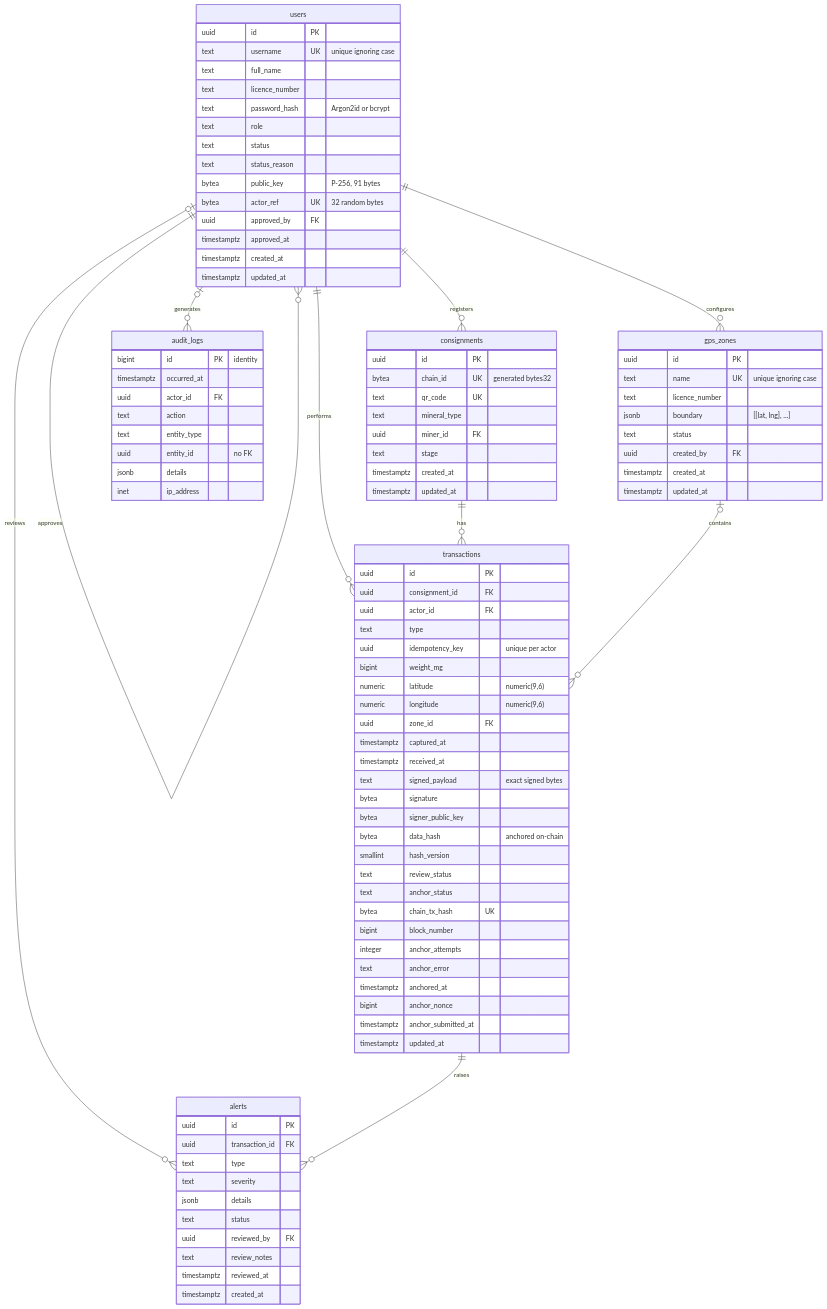
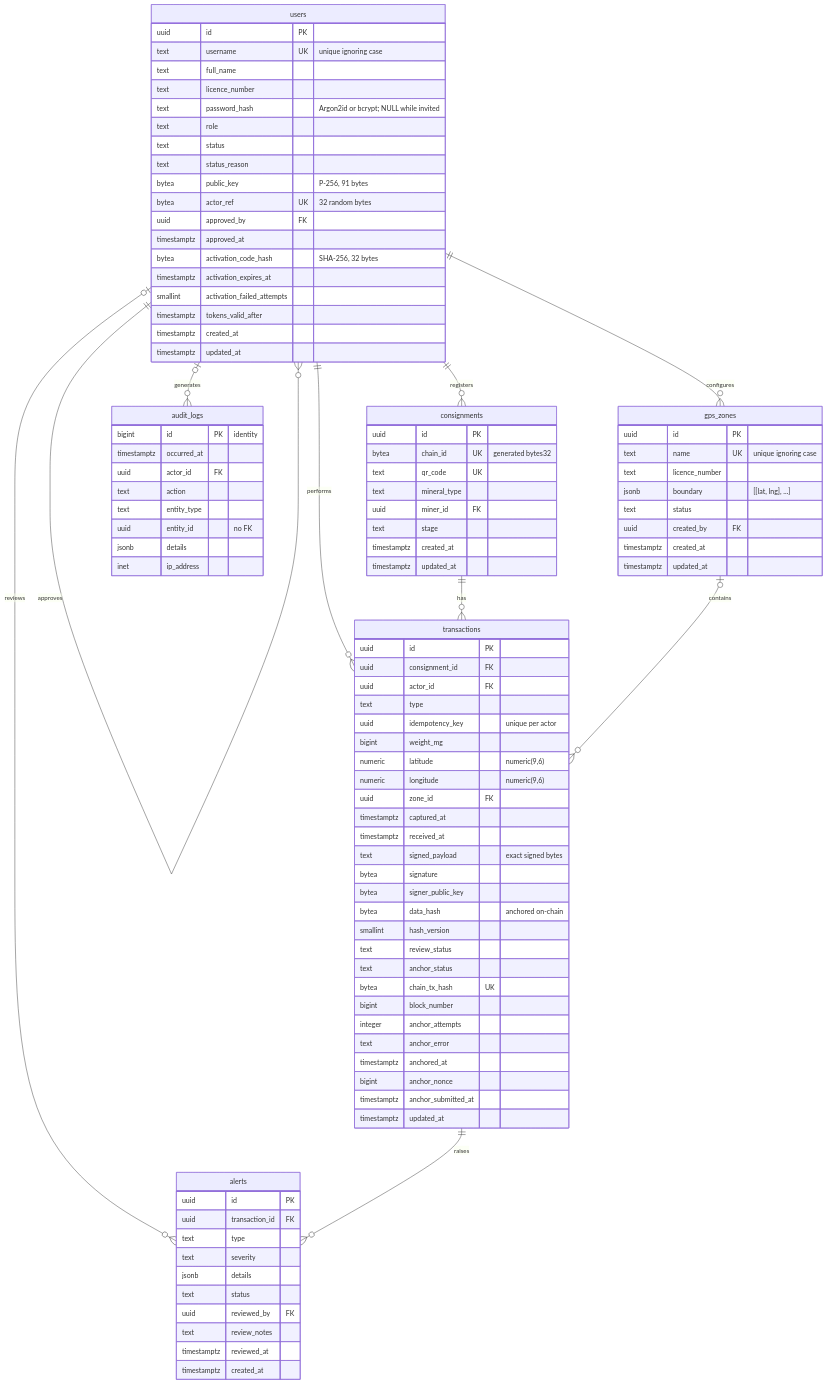
One commit to KondwelaniTembo/minechain changed the diagram in docs/database-schema.md. Above: the diagram before and after it, drawn with Mermaid. The commit also changed other lines of this file and 3 other files, not shown here.

Commit message:
docs: document account creation, activation and password change

```diff
--- a/docs/database-schema.md
+++ b/docs/database-schema.md
@@ -39,7 +39,7 @@
     text username UK "unique ignoring case"
     text full_name
     text licence_number
-    text password_hash "Argon2id or bcrypt"
+    text password_hash "Argon2id or bcrypt; NULL while invited"
     text role
     text status
     text status_reason
@@ -47,6 +47,10 @@
     bytea actor_ref UK "32 random bytes"
     uuid approved_by FK
     timestamptz approved_at
+    bytea activation_code_hash "SHA-256, 32 bytes"
+    timestamptz activation_expires_at
+    smallint activation_failed_attempts
+    timestamptz tokens_valid_after
     timestamptz created_at
     timestamptz updated_at
   }
```
